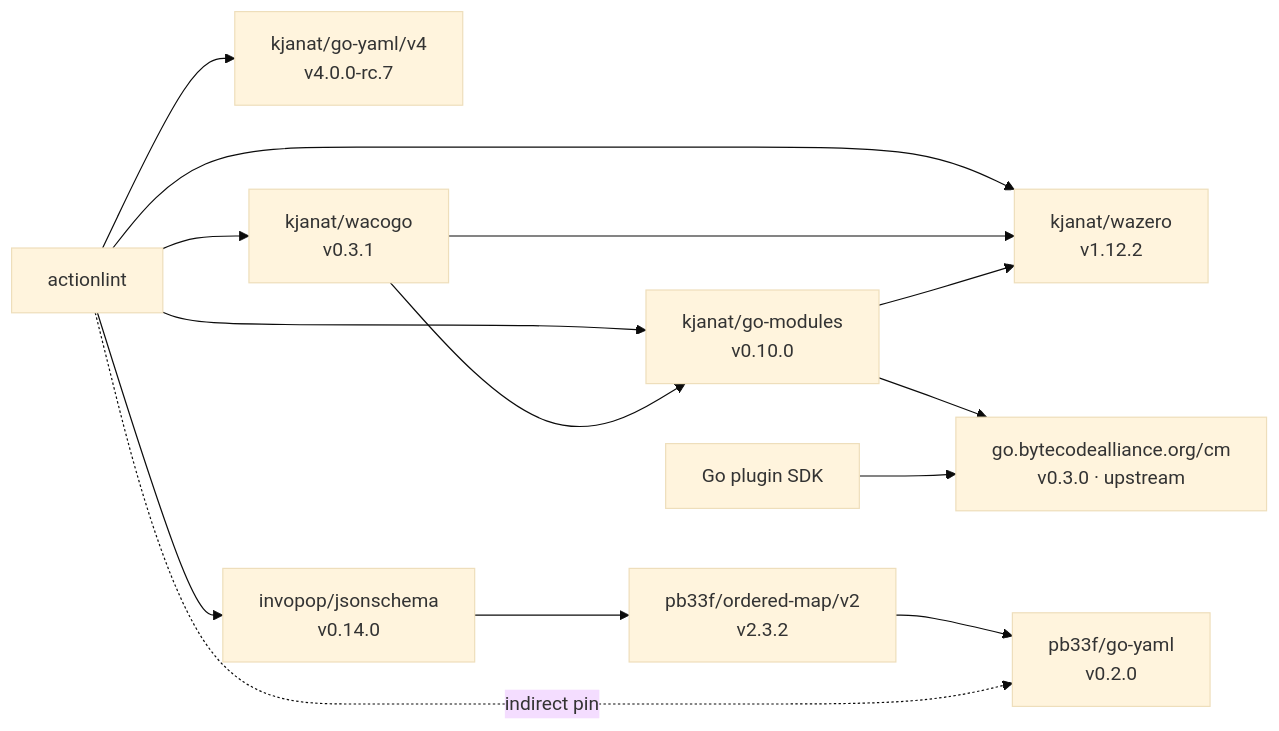
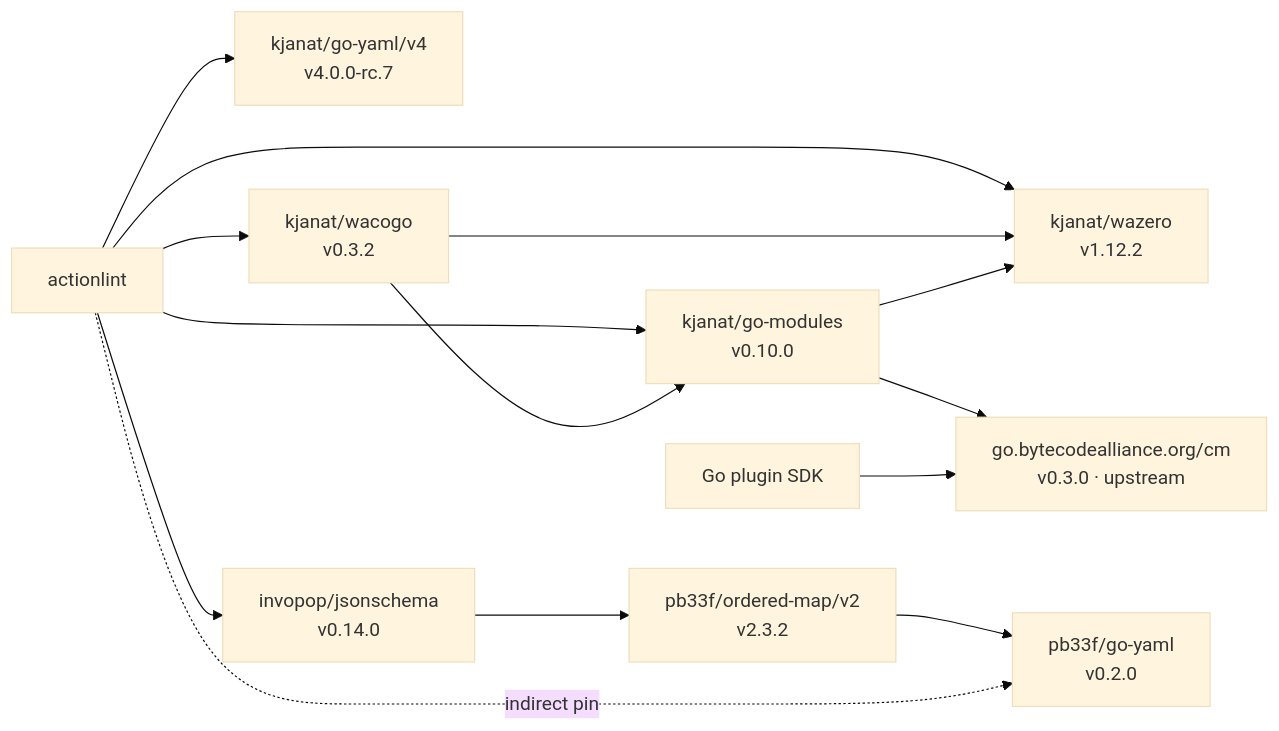
One commit to kjanat/actionlint changed the diagram in docs/go-forks.md. Above: the diagram before and after it, drawn with Mermaid (base theme). The commit also changed 3 other files, not shown here.

First line of the commit message:
chore(deps): update module github.com/kjanat/wacogo to v0.3.2 (#489)

````diff
--- a/docs/go-forks.md
+++ b/docs/go-forks.md
@@ -7,24 +7,24 @@
 ```mermaid
 flowchart LR
     %% renovate: depName=github.com/kjanat/go-yaml/v4
     A[actionlint] --> Y["kjanat/go-yaml/v4<br/>v4.0.0-rc.7"]
     %% renovate: depName=github.com/kjanat/wacogo
-    A --> W["kjanat/wacogo<br/>v0.3.1"]
+    A --> W["kjanat/wacogo<br/>v0.3.2"]
     %% renovate: depName=github.com/kjanat/wazero
     A --> Z["kjanat/wazero<br/>v1.12.2"]
     %% renovate: depName=github.com/kjanat/go-modules
     A --> G["kjanat/go-modules<br/>v0.10.0"]
     W --> G
     W --> Z
     G --> Z
     %% renovate: depName=go.bytecodealliance.org/cm
     G --> CM["go.bytecodealliance.org/cm<br/>v0.3.0 · upstream"]
     E[Go plugin SDK] --> CM
     %% renovate: depName=github.com/invopop/jsonschema
     A --> J["invopop/jsonschema<br/>v0.14.0"]
     %% renovate: depName=github.com/pb33f/ordered-map/v2
     J --> O["pb33f/ordered-map/v2<br/>v2.3.2"]
     %% renovate: depName=github.com/pb33f/go-yaml
     O --> P["pb33f/go-yaml<br/>v0.2.0"]
     A -. indirect pin .-> P
 ```
````
